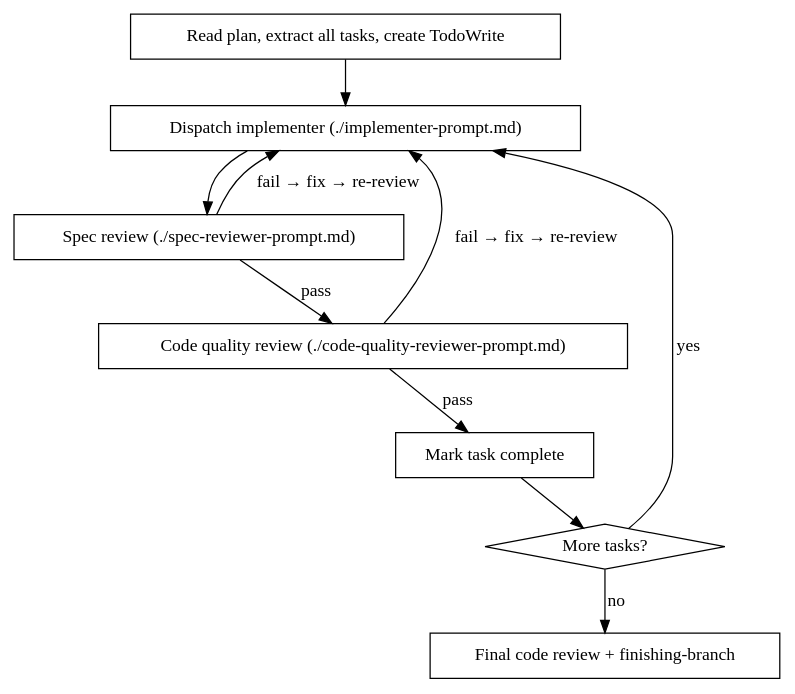
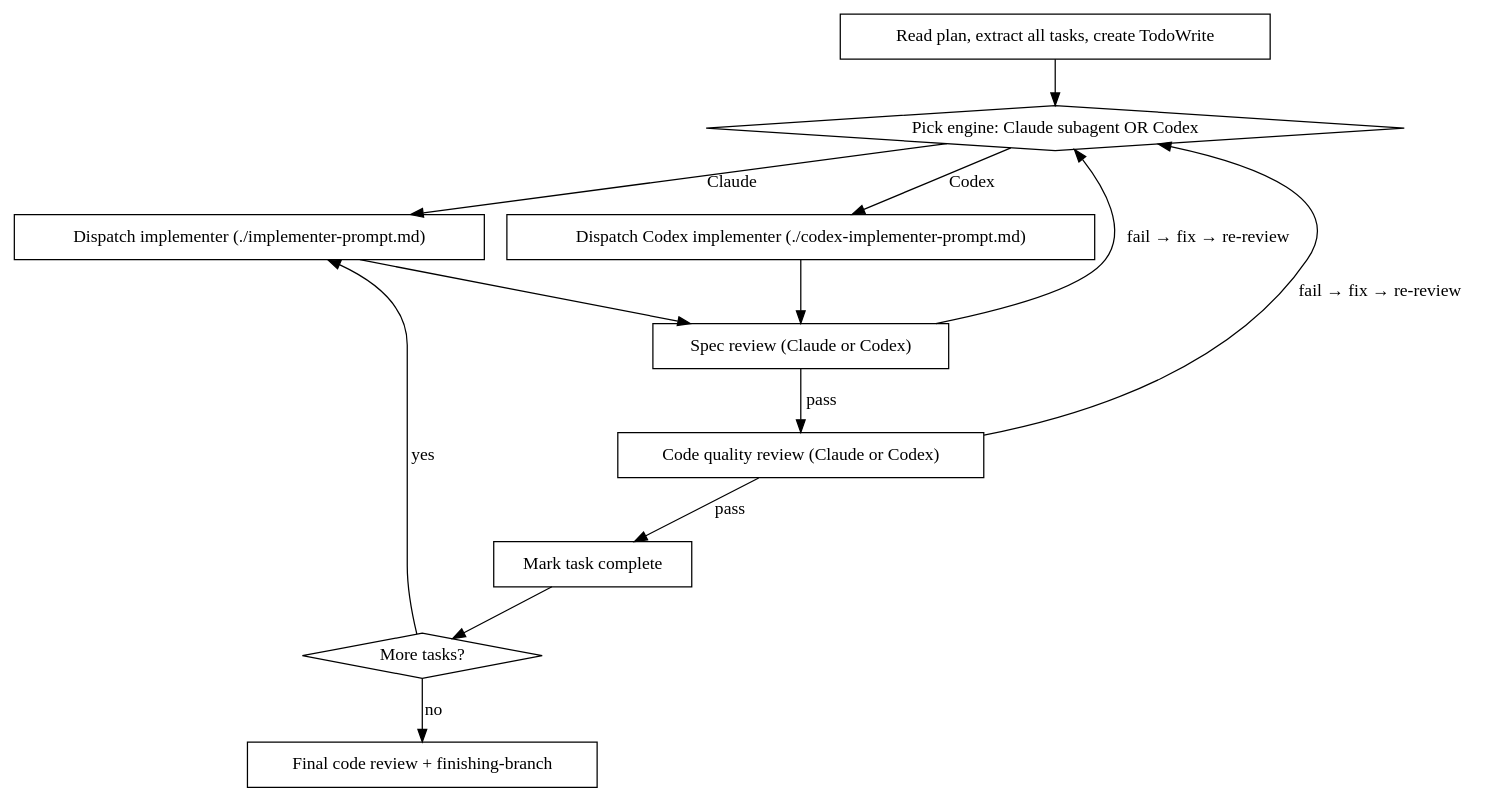
Before and after one commit to sskys18/sspower: the second of 2 diagrams in skills/subagent-driven-development/SKILL.md, drawn with Graphviz. The commit also changed other lines of this file and 72 other files, not shown here.

````diff
--- a/skills/subagent-driven-development/SKILL.md
+++ b/skills/subagent-driven-development/SKILL.md
@@ -32,22 +32,27 @@
 ```dot
 digraph process {
     rankdir=TB;
     "Read plan, extract all tasks, create TodoWrite" [shape=box];
+    "Pick engine: Claude subagent OR Codex" [shape=diamond];
     "Dispatch implementer (./implementer-prompt.md)" [shape=box];
-    "Spec review (./spec-reviewer-prompt.md)" [shape=box];
-    "Code quality review (./code-quality-reviewer-prompt.md)" [shape=box];
+    "Dispatch Codex implementer (./codex-implementer-prompt.md)" [shape=box];
+    "Spec review (Claude or Codex)" [shape=box];
+    "Code quality review (Claude or Codex)" [shape=box];
     "Mark task complete" [shape=box];
     "More tasks?" [shape=diamond];
     "Final code review + finishing-branch" [shape=box];
 
-    "Read plan, extract all tasks, create TodoWrite" -> "Dispatch implementer (./implementer-prompt.md)";
-    "Dispatch implementer (./implementer-prompt.md)" -> "Spec review (./spec-reviewer-prompt.md)";
-    "Spec review (./spec-reviewer-prompt.md)" -> "Code quality review (./code-quality-reviewer-prompt.md)" [label="pass"];
-    "Spec review (./spec-reviewer-prompt.md)" -> "Dispatch implementer (./implementer-prompt.md)" [label="fail → fix → re-review"];
-    "Code quality review (./code-quality-reviewer-prompt.md)" -> "Mark task complete" [label="pass"];
-    "Code quality review (./code-quality-reviewer-prompt.md)" -> "Dispatch implementer (./implementer-prompt.md)" [label="fail → fix → re-review"];
+    "Read plan, extract all tasks, create TodoWrite" -> "Pick engine: Claude subagent OR Codex";
+    "Pick engine: Claude subagent OR Codex" -> "Dispatch implementer (./implementer-prompt.md)" [label="Claude"];
+    "Pick engine: Claude subagent OR Codex" -> "Dispatch Codex implementer (./codex-implementer-prompt.md)" [label="Codex"];
+    "Dispatch implementer (./implementer-prompt.md)" -> "Spec review (Claude or Codex)";
+    "Dispatch Codex implementer (./codex-implementer-prompt.md)" -> "Spec review (Claude or Codex)";
+    "Spec review (Claude or Codex)" -> "Code quality review (Claude or Codex)" [label="pass"];
+    "Spec review (Claude or Codex)" -> "Pick engine: Claude subagent OR Codex" [label="fail → fix → re-review"];
+    "Code quality review (Claude or Codex)" -> "Mark task complete" [label="pass"];
+    "Code quality review (Claude or Codex)" -> "Pick engine: Claude subagent OR Codex" [label="fail → fix → re-review"];
     "Mark task complete" -> "More tasks?";
     "More tasks?" -> "Dispatch implementer (./implementer-prompt.md)" [label="yes"];
     "More tasks?" -> "Final code review + finishing-branch" [label="no"];
 }
 ```
````
